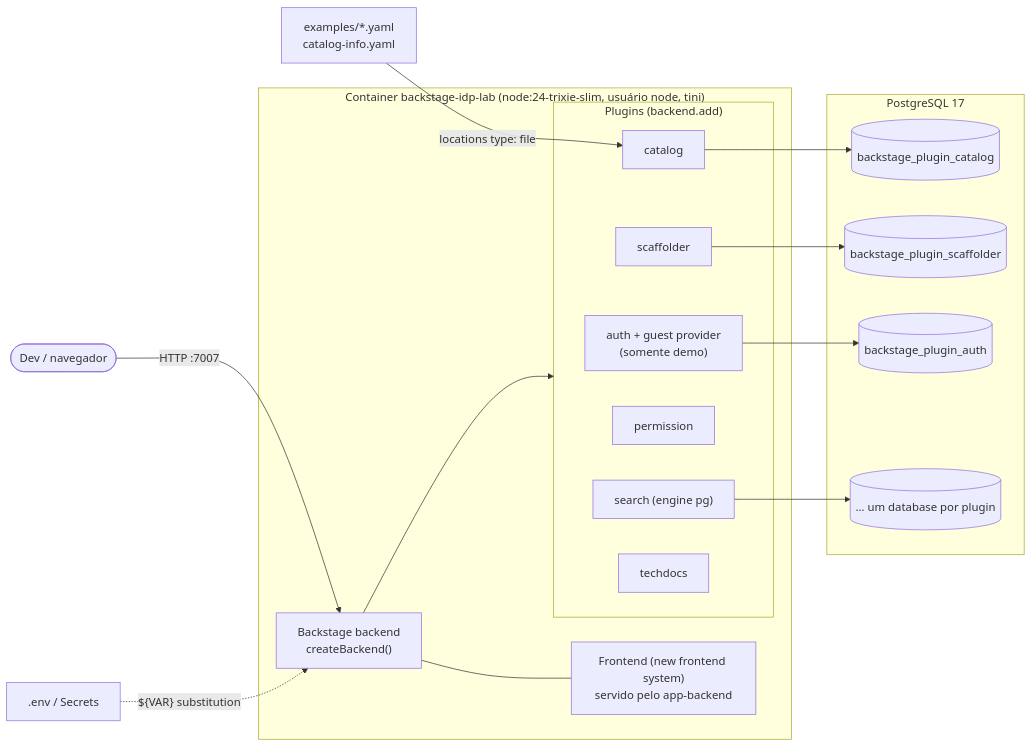
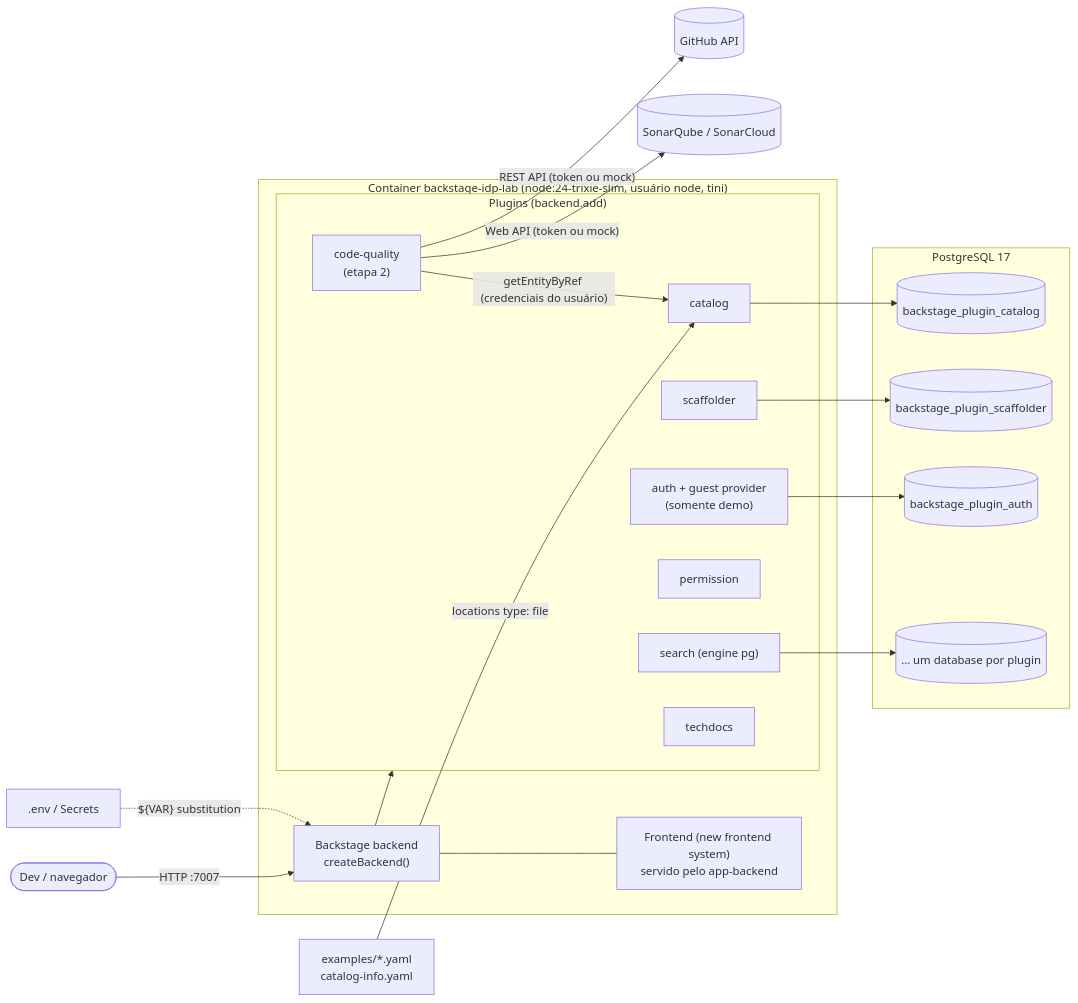
The diagram in README.md (thiagopbraga/backstage-idp-lab), drawn with Mermaid before and after one commit. The commit also changed other lines of this file and 1 other file, not shown here.

First line of the commit message:
docs: document stage 2 code-quality plugin and demo step

````diff
--- a/README.md
+++ b/README.md
@@ -22,34 +22,38 @@
 ```mermaid
 flowchart LR
   dev([Dev / navegador]) -->|HTTP :7007| be
 
   subgraph container["Container backstage-idp-lab (node:24-trixie-slim, usuário node, tini)"]
     be["Backstage backend<br/>createBackend()"]
     app["Frontend (new frontend system)<br/>servido pelo app-backend"]
     be --- app
     subgraph plugins["Plugins (backend.add)"]
       cat[catalog]
       scaf[scaffolder]
       auth["auth + guest provider<br/>(somente demo)"]
       perm[permission]
       search["search (engine pg)"]
       td[techdocs]
+      cq["code-quality<br/>(etapa 2)"]
     end
     be --> plugins
   end
 
   subgraph pg["PostgreSQL 17"]
     dbcat[(backstage_plugin_catalog)]
     dbscaf[(backstage_plugin_scaffolder)]
     dbauth[(backstage_plugin_auth)]
     dbother[(… um database por plugin)]
   end
 
   cat --> dbcat
   scaf --> dbscaf
   auth --> dbauth
   search --> dbother
 
   yaml["examples/*.yaml<br/>catalog-info.yaml"] -->|locations type: file| cat
+  cq -->|"getEntityByRef (credenciais do usuário)"| cat
+  cq -->|"Web API (token ou mock)"| sonar[(SonarQube / SonarCloud)]
+  cq -->|"REST API (token ou mock)"| gh[(GitHub API)]
   env[".env / Secrets"] -.->|"${VAR} substitution"| be
 ```
````
